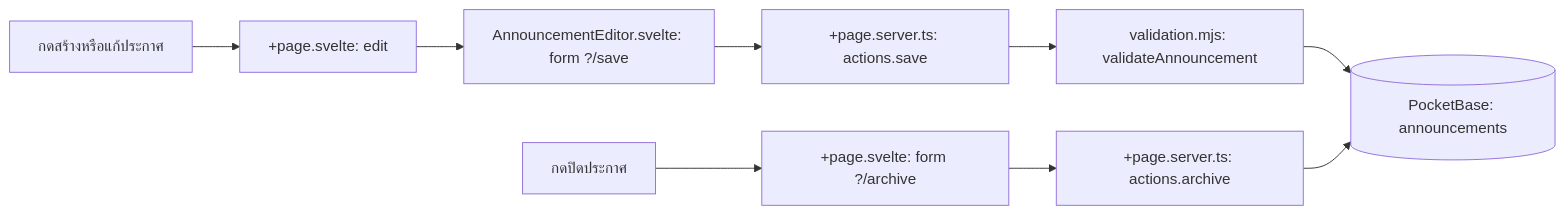
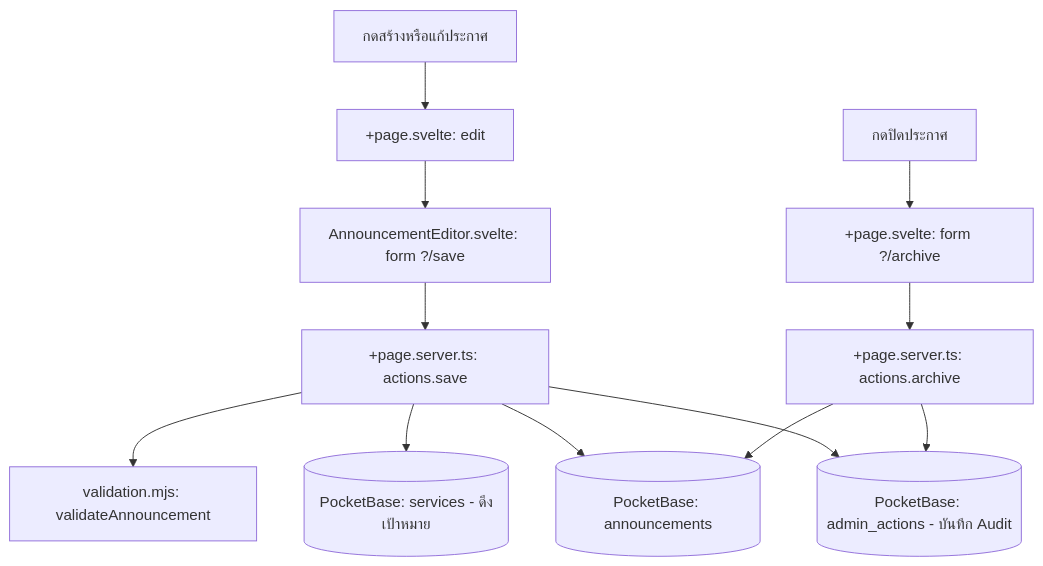
The diagram in CLICK_FLOW.md (CSNIS-CSKmitl/Announcements), drawn with Mermaid before and after one commit. The commit also changed other lines of this file and 1 other file, not shown here.

Commit message:
docs: update README and CLICK_FLOW with services relation and admin_actions audit

````diff
--- a/CLICK_FLOW.md
+++ b/CLICK_FLOW.md
@@ -3,11 +3,15 @@
 ```mermaid
-flowchart LR
+flowchart TD
   A[กดสร้างหรือแก้ประกาศ] --> B[+page.svelte: edit]
   B --> C[AnnouncementEditor.svelte: form ?/save]
   C --> D[+page.server.ts: actions.save]
   D --> E[validation.mjs: validateAnnouncement]
-  E --> F[(PocketBase: announcements)]
-  G[กดปิดประกาศ] --> H[+page.svelte: form ?/archive]
-  H --> I[+page.server.ts: actions.archive]
-  I --> F
+  D --> F[(PocketBase: services - ดึงเป้าหมาย)]
+  D --> G[(PocketBase: announcements)]
+  D --> H[(PocketBase: admin_actions - บันทึก Audit)]
+  
+  I[กดปิดประกาศ] --> J[+page.svelte: form ?/archive]
+  J --> K[+page.server.ts: actions.archive]
+  K --> G
+  K --> H
 ```
````
